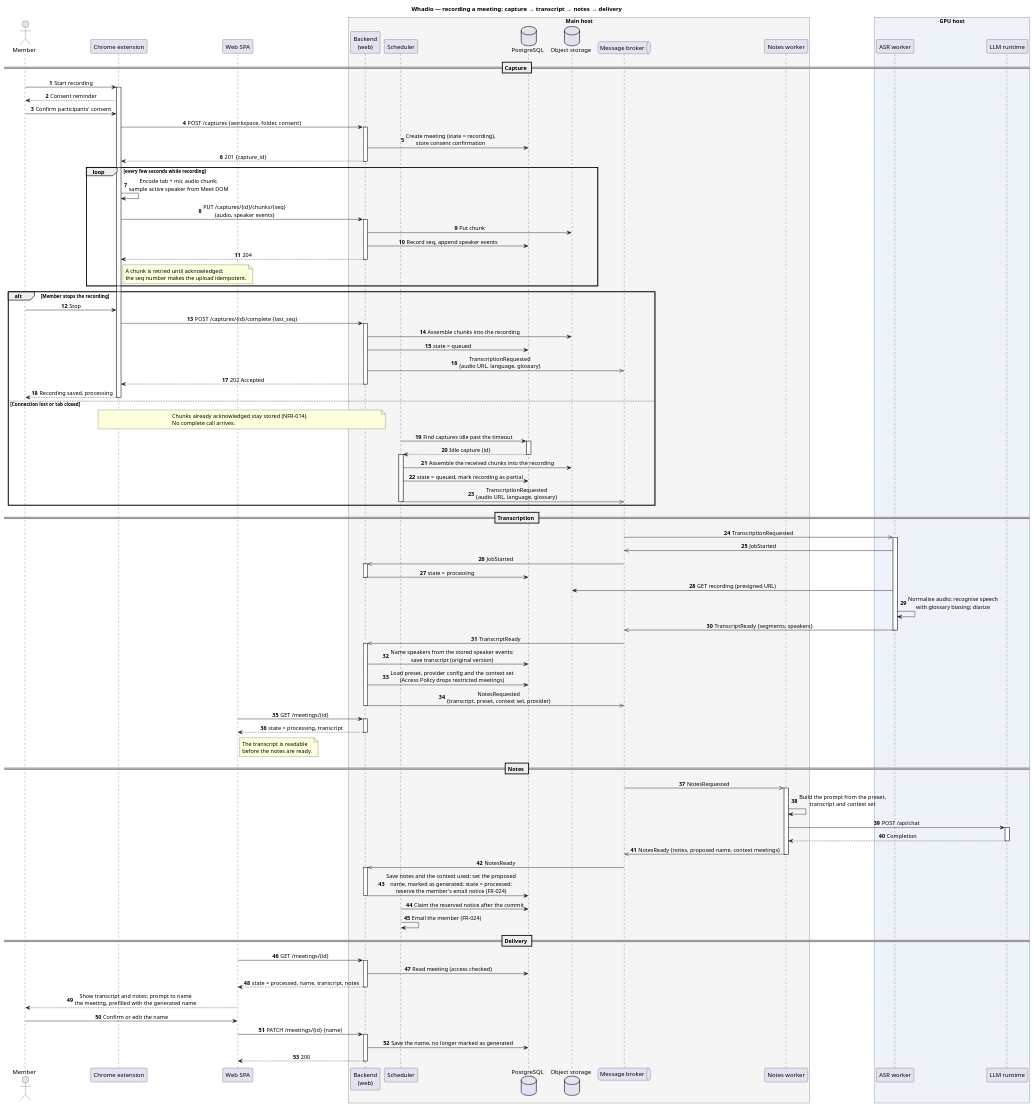
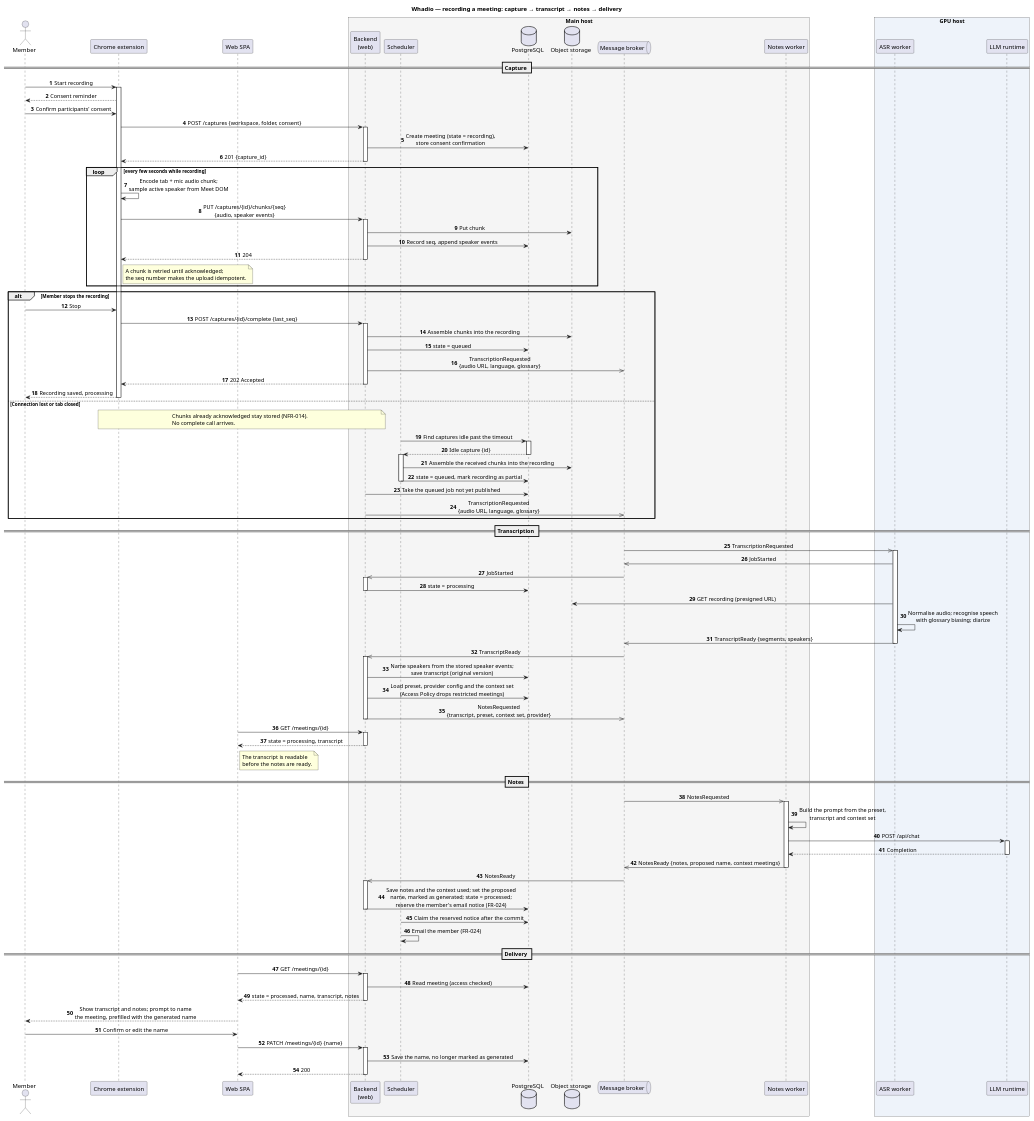
One commit to ukma-fin-ssdm-2026/Whadio changed the diagram in docs/architecture/uml/sequence-meeting-pipeline.puml. Above: the diagram before and after it, drawn with PlantUML. The commit also changed 1 other file, not shown here.

Commit message:
docs(#257): publish a finalised capture's job from web, not the scheduler
The deployment diagram and TB-5 give the scheduler no broker link, and
web publishes every queued, unpublished job (ProcessingService's
publisher). The scheduler therefore only queues the partial recording,
and web sends TranscriptionRequested. The SVG is re-rendered with
PlantUML 1.2024.3.

```diff
--- a/docs/architecture/uml/sequence-meeting-pipeline.puml
+++ b/docs/architecture/uml/sequence-meeting-pipeline.puml
@@ -1,113 +1,114 @@
 @startuml sequence-meeting-pipeline
 title Whadio — recording a meeting: capture → transcript → notes → delivery
 
 skinparam sequenceMessageAlign center
 skinparam responseMessageBelowArrow true
 autonumber
 
 actor "Member" as user
 participant "Chrome extension" as ext
 participant "Web SPA" as spa
 
 box "Main host" #F5F5F5
   participant "Backend\n(web)" as web
   participant "Scheduler" as scheduler
   database "PostgreSQL" as db
   database "Object storage" as store
   queue "Message broker" as mq
   participant "Notes worker" as notes
 end box
 
 box "GPU host" #EEF3FA
   participant "ASR worker" as asr
   participant "LLM runtime" as llm
 end box
 
 == Capture ==
 
 user -> ext ++ : Start recording
 ext --> user : Consent reminder
 user -> ext : Confirm participants' consent
 ext -> web ++ : POST /captures {workspace, folder, consent}
 web -> db : Create meeting (state = recording),\nstore consent confirmation
 web --> ext -- : 201 {capture_id}
 
 loop every few seconds while recording
   ext -> ext : Encode tab + mic audio chunk;\nsample active speaker from Meet DOM
   ext -> web ++ : PUT /captures/{id}/chunks/{seq}\n{audio, speaker events}
   web -> store : Put chunk
   web -> db : Record seq, append speaker events
   web --> ext -- : 204
   note right of ext
     A chunk is retried until acknowledged;
     the seq number makes the upload idempotent.
   end note
 end
 
 alt Member stops the recording
   user -> ext : Stop
   ext -> web ++ : POST /captures/{id}/complete {last_seq}
   web -> store : Assemble chunks into the recording
   web -> db : state = queued
   web ->> mq : TranscriptionRequested\n{audio URL, language, glossary}
   web --> ext -- : 202 Accepted
   ext --> user -- : Recording saved, processing
 else Connection lost or tab closed
   note over ext, web
     Chunks already acknowledged stay stored (NFR-014).
     No complete call arrives.
   end note
   scheduler -> db ++ : Find captures idle past the timeout
   db --> scheduler -- : Idle capture {id}
   activate scheduler
   scheduler -> store : Assemble the received chunks into the recording
   scheduler -> db : state = queued, mark recording as partial
-  scheduler ->> mq : TranscriptionRequested\n{audio URL, language, glossary}
   deactivate scheduler
+  web -> db : Take the queued job not yet published
+  web ->> mq : TranscriptionRequested\n{audio URL, language, glossary}
 end
 
 == Transcription ==
 
 mq ->> asr ++ : TranscriptionRequested
 asr ->> mq : JobStarted
 mq ->> web ++ : JobStarted
 web -> db -- : state = processing
 asr -> store : GET recording (presigned URL)
 asr -> asr : Normalise audio; recognise speech\nwith glossary biasing; diarize
 asr ->> mq -- : TranscriptReady {segments, speakers}
 mq ->> web ++ : TranscriptReady
 web -> db : Name speakers from the stored speaker events;\nsave transcript (original version)
 web -> db : Load preset, provider config and the context set\n(Access Policy drops restricted meetings)
 web ->> mq -- : NotesRequested\n{transcript, preset, context set, provider}
 
 spa -> web ++ : GET /meetings/{id}
 web --> spa -- : state = processing, transcript
 note right of spa
   The transcript is readable
   before the notes are ready.
 end note
 
 == Notes ==
 
 mq ->> notes ++ : NotesRequested
 notes -> notes : Build the prompt from the preset,\ntranscript and context set
 notes -> llm ++ : POST /api/chat
 llm --> notes -- : Completion
 notes ->> mq -- : NotesReady {notes, proposed name, context meetings}
 mq ->> web ++ : NotesReady
 web -> db : Save notes and the context used; set the proposed\nname, marked as generated; state = processed;\nreserve the member's email notice (FR-024)
 deactivate web
 scheduler -> db : Claim the reserved notice after the commit
 scheduler -> scheduler : Email the member (FR-024)
 
 == Delivery ==
 
 spa -> web ++ : GET /meetings/{id}
 web -> db : Read meeting (access checked)
 web --> spa -- : state = processed, name, transcript, notes
 spa --> user : Show transcript and notes; prompt to name\nthe meeting, prefilled with the generated name
 user -> spa : Confirm or edit the name
 spa -> web ++ : PATCH /meetings/{id} {name}
 web -> db : Save the name, no longer marked as generated
 web --> spa -- : 200
 @enduml
```
